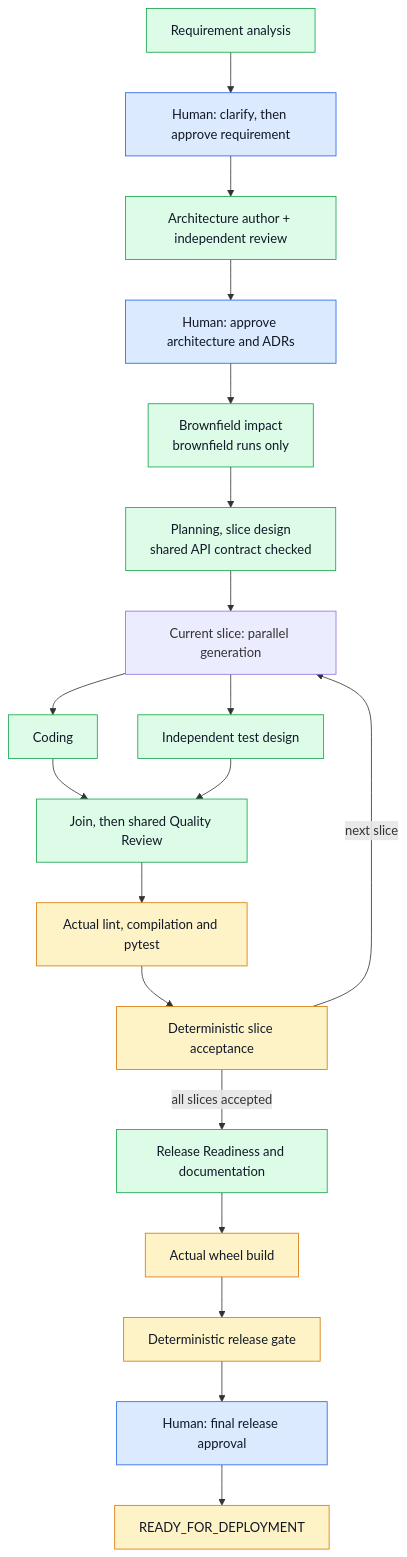
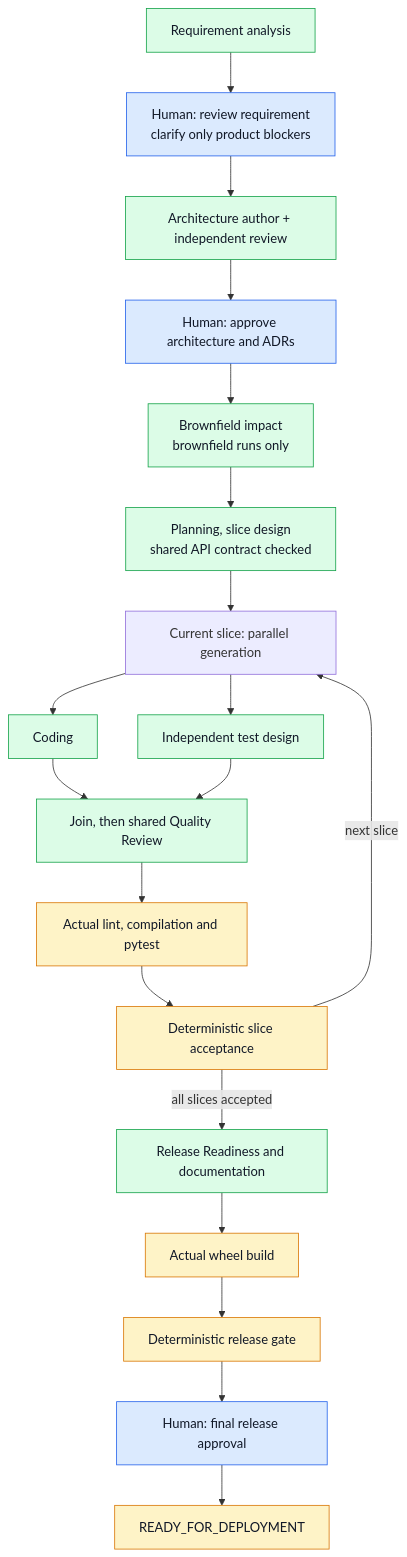
Before and after one commit to kavish-agarwal-tech/ssdlc-agentic-flow: the diagram in docs/orchestration.md, drawn with Mermaid. The commit also changed other lines of this file and 25 other files, not shown here.

````diff
--- a/docs/orchestration.md
+++ b/docs/orchestration.md
@@ -5,27 +5,27 @@
 ```mermaid
 flowchart TD
-  R["Requirement analysis"] --> H1["Human: clarify, then approve requirement"]
+  R["Requirement analysis"] --> H1["Human: review requirement<br/>clarify only product blockers"]
   H1 --> A["Architecture author + independent review"]
   A --> H2["Human: approve architecture and ADRs"]
   H2 --> B["Brownfield impact<br/>brownfield runs only"]
   B --> P["Planning, slice design<br/>shared API contract checked"]
   P --> Fork["Current slice: parallel generation"]
   Fork --> C["Coding"]
   Fork --> T["Independent test design"]
   C --> Q["Join, then shared Quality Review"]
   T --> Q
   Q --> V["Actual lint, compilation and pytest"]
   V --> S["Deterministic slice acceptance"]
   S -->|next slice| Fork
   S -->|all slices accepted| Report["Release Readiness and documentation"]
   Report --> Build["Actual wheel build"]
   Build --> Gate["Deterministic release gate"]
   Gate --> H3["Human: final release approval"]
   H3 --> Ready["READY_FOR_DEPLOYMENT"]
   classDef human fill:#dbeafe,stroke:#2563eb,color:#111827
   classDef proposal fill:#dcfce7,stroke:#16a34a,color:#111827
   classDef evidence fill:#fef3c7,stroke:#d97706,color:#111827
   class H1,H2,H3 human
   class R,A,B,P,C,T,Q,Report proposal
   class V,S,Build,Gate,Ready evidence
 ```
````
